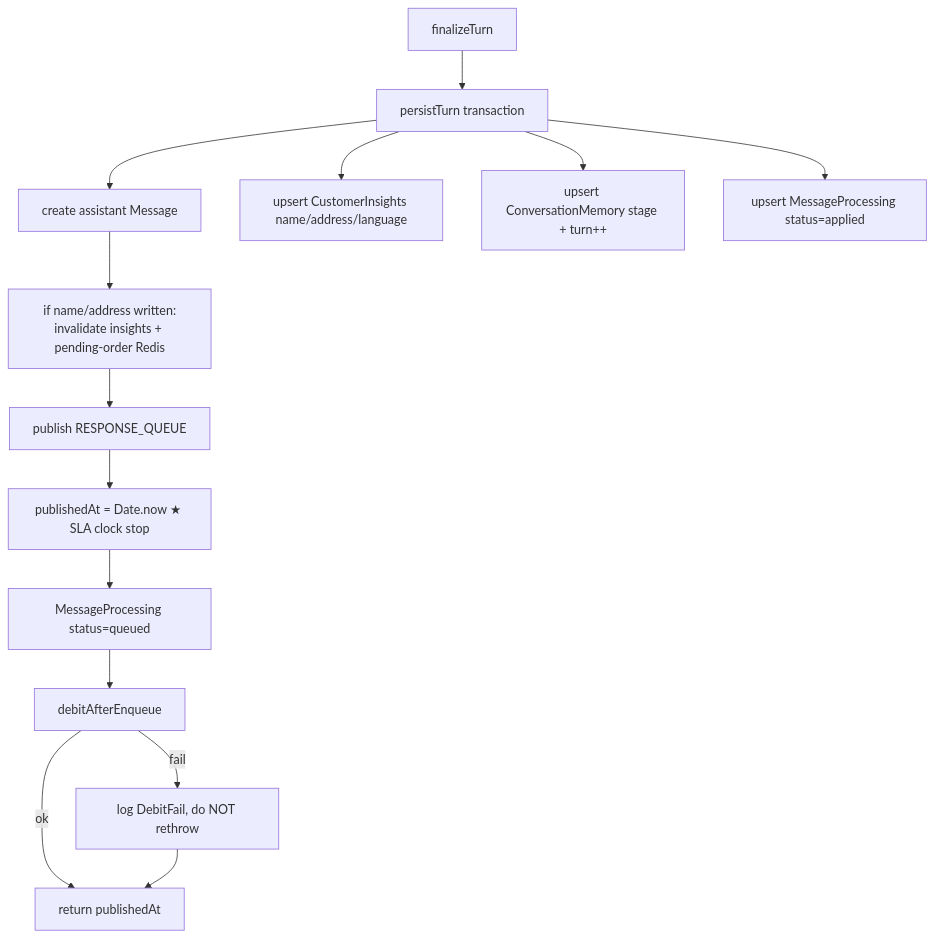
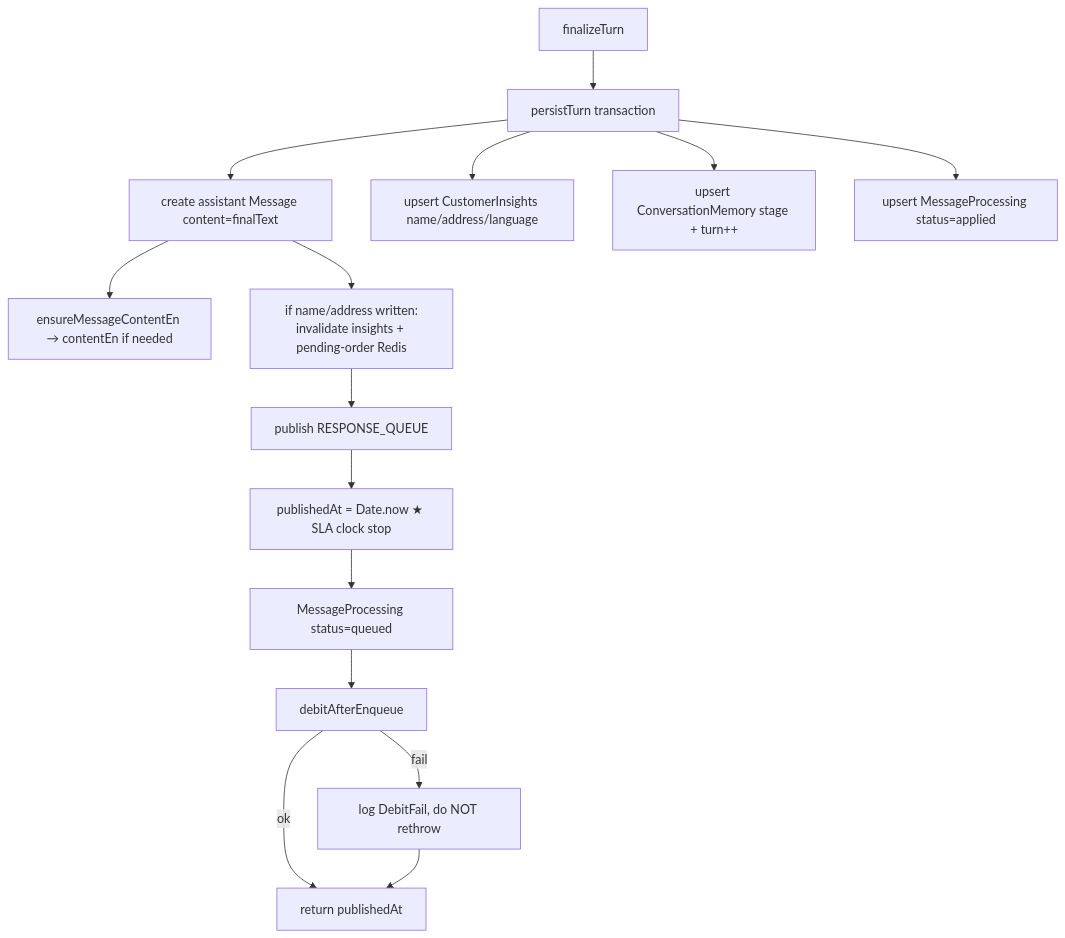
The tenth of 10 diagrams in docs/INCOMING_RESPONSE_GENERATOR_FLOW.md (roshan-1904/chatlogix-gowtham), drawn with Mermaid before and after one commit. The commit also changed other lines of this file and 31 other files, not shown here.

````diff
--- a/docs/INCOMING_RESPONSE_GENERATOR_FLOW.md
+++ b/docs/INCOMING_RESPONSE_GENERATOR_FLOW.md
@@ -373,16 +377,17 @@
 ```mermaid
 flowchart TD
   FT[finalizeTurn] --> P[persistTurn transaction]
-  P --> M[create assistant Message]
+  P --> M[create assistant Message content=finalText]
+  M --> EN2[ensureMessageContentEn → contentEn if needed]
   P --> I[upsert CustomerInsights name/address/language]
   P --> MEM[upsert ConversationMemory stage + turn++]
   P --> MP[upsert MessageProcessing status=applied]
   M --> INV[if name/address written:<br/>invalidate insights + pending-order Redis]
   INV --> Q[publish RESPONSE_QUEUE]
   Q --> SLA[publishedAt = Date.now ★ SLA clock stop]
   SLA --> Q2[MessageProcessing status=queued]
   Q2 --> D[debitAfterEnqueue]
   D -->|ok| DONE[return publishedAt]
   D -->|fail| LOG[log DebitFail, do NOT rethrow]
   LOG --> DONE
 ```
````
